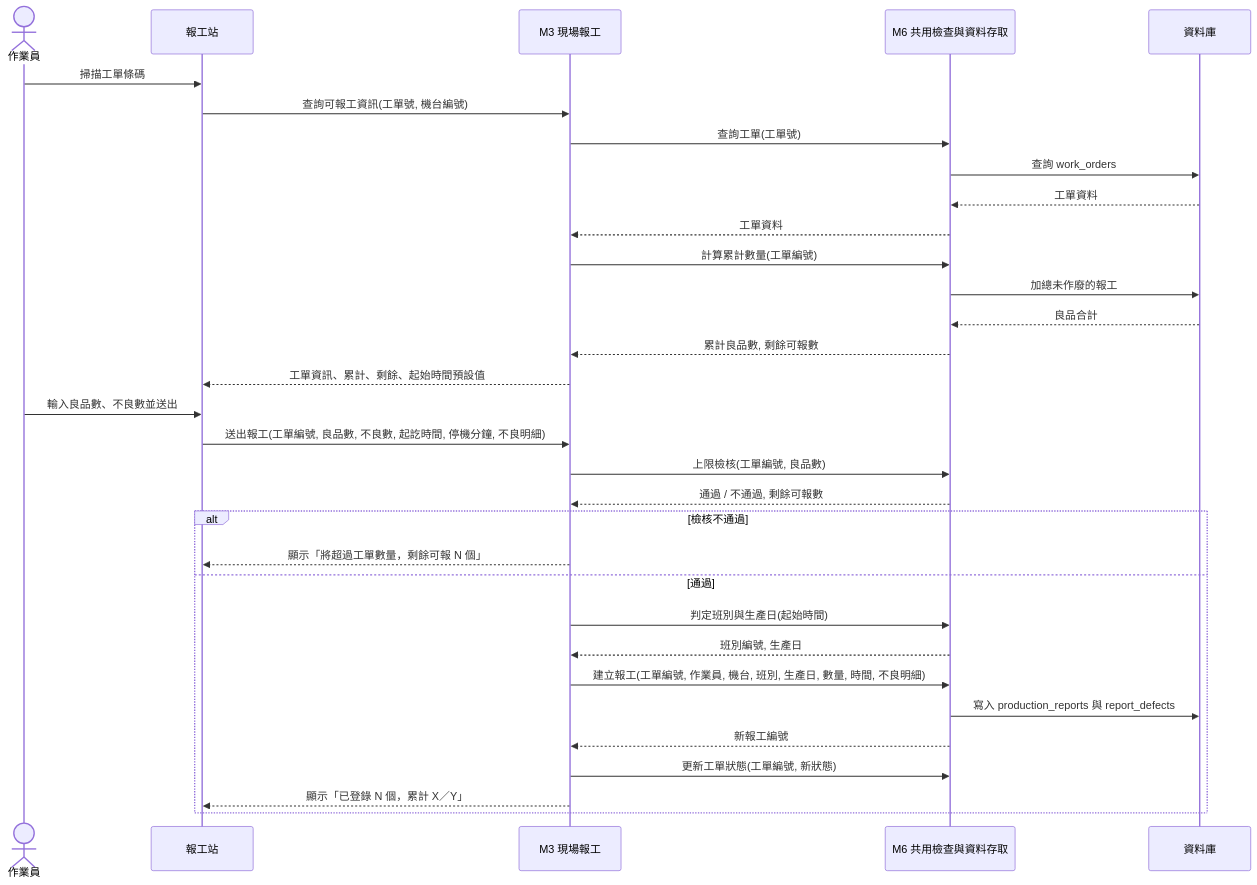
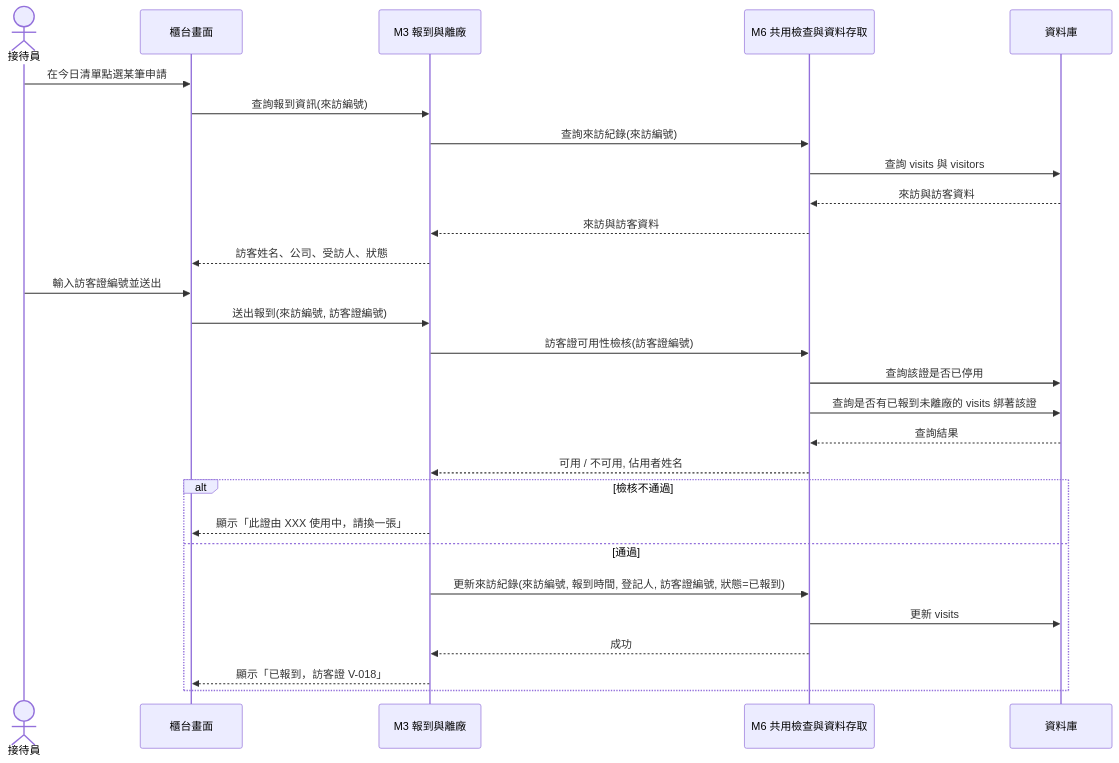
The fourth of 8 diagrams in 03-example-reports/Design-Phase-Sample-Report.md (billy1125/system-analysis-and-design), drawn with Mermaid before and after one commit. The commit also changed other lines of this file and 30 other files, not shown here.

````diff
--- a/03-example-reports/Design-Phase-Sample-Report.md
+++ b/03-example-reports/Design-Phase-Sample-Report.md
@@ -348,37 +341,33 @@
 ```mermaid
 sequenceDiagram
-    actor U as 作業員
-    participant T as 報工站
-    participant M3 as M3 現場報工
+    actor R as 接待員
+    participant W as 櫃台畫面
+    participant M3 as M3 報到與離廠
     participant M6 as M6 共用檢查與資料存取
     participant DB as 資料庫
 
-    U->>T: 掃描工單條碼
-    T->>M3: 查詢可報工資訊(工單號, 機台編號)
-    M3->>M6: 查詢工單(工單號)
-    M6->>DB: 查詢 work_orders
-    DB-->>M6: 工單資料
-    M6-->>M3: 工單資料
-    M3->>M6: 計算累計數量(工單編號)
-    M6->>DB: 加總未作廢的報工
-    DB-->>M6: 良品合計
-    M6-->>M3: 累計良品數, 剩餘可報數
-    M3-->>T: 工單資訊、累計、剩餘、起始時間預設值
+    R->>W: 在今日清單點選某筆申請
+    W->>M3: 查詢報到資訊(來訪編號)
+    M3->>M6: 查詢來訪紀錄(來訪編號)
+    M6->>DB: 查詢 visits 與 visitors
+    DB-->>M6: 來訪與訪客資料
+    M6-->>M3: 來訪與訪客資料
+    M3-->>W: 訪客姓名、公司、受訪人、狀態
 
-    U->>T: 輸入良品數、不良數並送出
-    T->>M3: 送出報工(工單編號, 良品數, 不良數, 起訖時間, 停機分鐘, 不良明細)
-    M3->>M6: 上限檢核(工單編號, 良品數)
-    M6-->>M3: 通過 / 不通過, 剩餘可報數
+    R->>W: 輸入訪客證編號並送出
+    W->>M3: 送出報到(來訪編號, 訪客證編號)
+    M3->>M6: 訪客證可用性檢核(訪客證編號)
+    M6->>DB: 查詢該證是否已停用
+    M6->>DB: 查詢是否有已報到未離廠的 visits 綁著該證
+    DB-->>M6: 查詢結果
+    M6-->>M3: 可用 / 不可用, 佔用者姓名
 
     alt 檢核不通過
-        M3-->>T: 顯示「將超過工單數量，剩餘可報 N 個」
+        M3-->>W: 顯示「此證由 XXX 使用中，請換一張」
     else 通過
-        M3->>M6: 判定班別與生產日(起始時間)
-        M6-->>M3: 班別編號, 生產日
-        M3->>M6: 建立報工(工單編號, 作業員, 機台, 班別, 生產日, 數量, 時間, 不良明細)
-        M6->>DB: 寫入 production_reports 與 report_defects
-        M6-->>M3: 新報工編號
-        M3->>M6: 更新工單狀態(工單編號, 新狀態)
-        M3-->>T: 顯示「已登錄 N 個，累計 X／Y」
+        M3->>M6: 更新來訪紀錄(來訪編號, 報到時間, 登記人, 訪客證編號, 狀態=已報到)
+        M6->>DB: 更新 visits
+        M6-->>M3: 成功
+        M3-->>W: 顯示「已報到，訪客證 V-018」
     end
 ```
````
